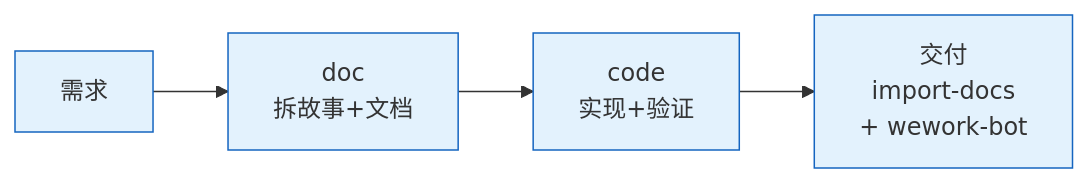
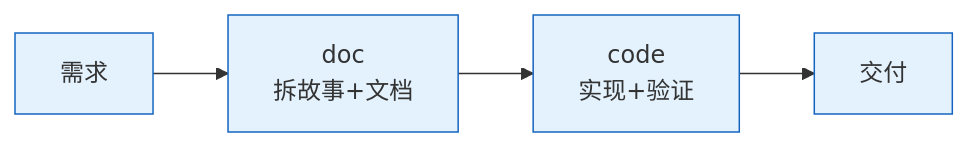
One commit to effiy/YrY changed the seventh of 10 diagrams in skills/rui/SKILL.md. Above: the diagram before and after it, drawn with Mermaid. The commit also changed other lines of this file and 1 other file, not shown here.

````diff
--- a/skills/rui/SKILL.md
+++ b/skills/rui/SKILL.md
@@ -320,5 +235,5 @@
 ```mermaid
 flowchart LR
-    R[需求]:::s --> D[doc<br/>拆故事+文档]:::s --> C[code<br/>实现+验证]:::s --> F[交付<br/>import-docs<br/>+ wework-bot]:::s
+    R[需求]:::s --> D[doc<br/>拆故事+文档]:::s --> C[code<br/>实现+验证]:::s --> F[交付]:::s
     classDef s fill:#e3f2fd,stroke:#1565c0;
 ```
````
